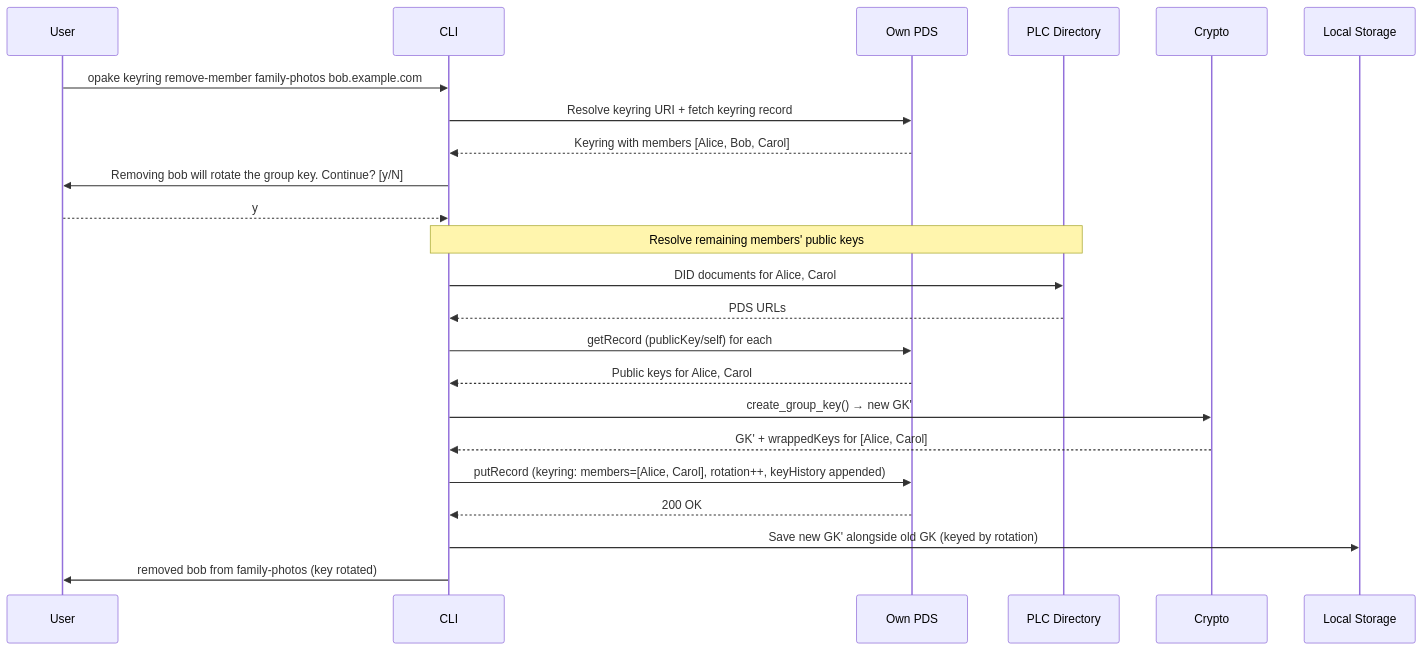
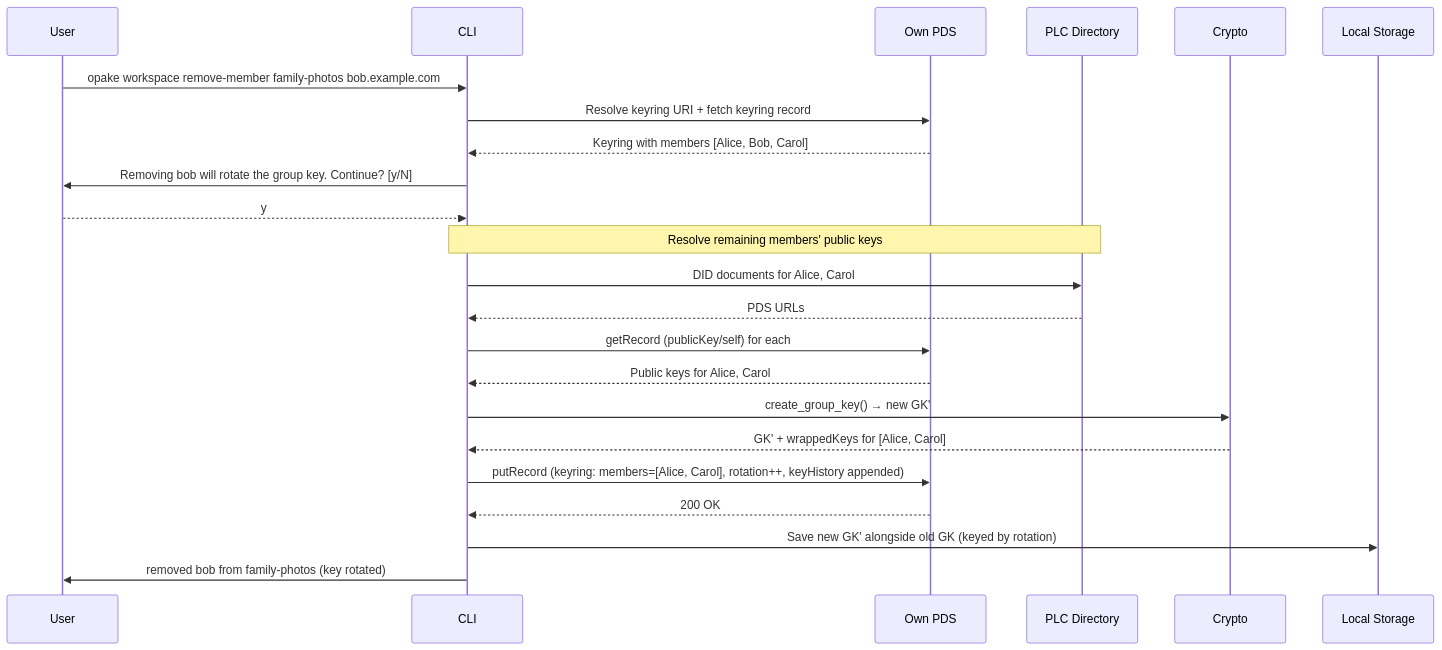
One commit to Sans-Self/Opake changed the fifth of 7 diagrams in docs/flows/keyrings.md. Above: the diagram before and after it, drawn with Mermaid. The commit also changed other lines of this file and 363 other files, not shown here.

First line of the commit message:
Workspace rework: proposals, daemon, cache layer, member management

````diff
--- a/docs/flows/keyrings.md
+++ b/docs/flows/keyrings.md
@@ -118,33 +118,33 @@
 ```mermaid
 sequenceDiagram
     participant User
     participant CLI
     participant PDS as Own PDS
     participant PLC as PLC Directory
     participant Crypto
     participant Disk as Local Storage
 
-    User->>CLI: opake keyring remove-member family-photos bob.example.com
+    User->>CLI: opake workspace remove-member family-photos bob.example.com
 
     CLI->>PDS: Resolve keyring URI + fetch keyring record
     PDS-->>CLI: Keyring with members [Alice, Bob, Carol]
 
     CLI->>User: Removing bob will rotate the group key. Continue? [y/N]
     User-->>CLI: y
 
     Note over CLI,PLC: Resolve remaining members' public keys
     CLI->>PLC: DID documents for Alice, Carol
     PLC-->>CLI: PDS URLs
     CLI->>PDS: getRecord (publicKey/self) for each
     PDS-->>CLI: Public keys for Alice, Carol
 
     CLI->>Crypto: create_group_key() → new GK'
     Crypto-->>CLI: GK' + wrappedKeys for [Alice, Carol]
 
     CLI->>PDS: putRecord (keyring: members=[Alice, Carol], rotation++, keyHistory appended)
     PDS-->>CLI: 200 OK
 
     CLI->>Disk: Save new GK' alongside old GK (keyed by rotation)
 
     CLI->>User: removed bob from family-photos (key rotated)
 ```
````
